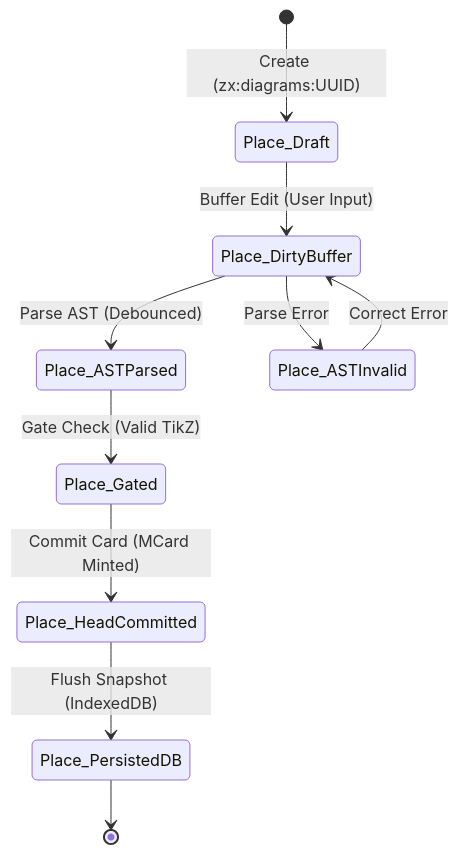
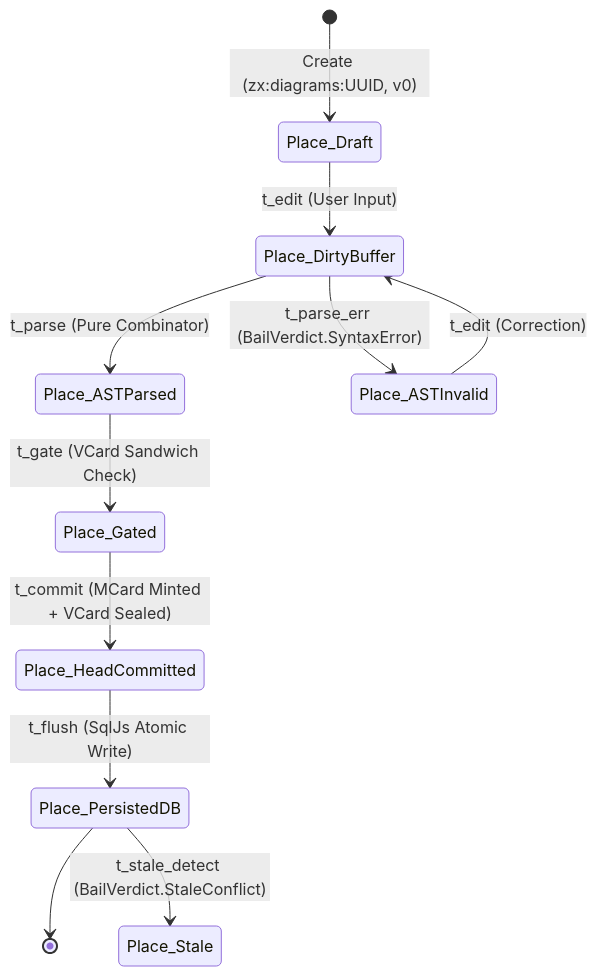
One commit to xlp0/tikzit changed the third of 5 diagrams in docs/sprints/_active/PROPOSAL-20-24-ALGEBRAIC-MODULARITY-CLM-AND-BUILD-UNIFICATION.md. Above: the diagram before and after it, drawn with Mermaid. The commit also changed other lines of this file and 6 other files, not shown here.

````diff
--- a/docs/sprints/_active/PROPOSAL-20-24-ALGEBRAIC-MODULARITY-CLM-AND-BUILD-UNIFICATION.md
+++ b/docs/sprints/_active/PROPOSAL-20-24-ALGEBRAIC-MODULARITY-CLM-AND-BUILD-UNIFICATION.md
@@ -84,13 +129,14 @@
 ```mermaid
 stateDiagram-v2
-    [*] --> Place_Draft: Create (zx:diagrams:UUID)
-    Place_Draft --> Place_DirtyBuffer: Buffer Edit (User Input)
-    Place_DirtyBuffer --> Place_ASTParsed: Parse AST (Debounced)
-    Place_ASTParsed --> Place_Gated: Gate Check (Valid TikZ)
-    Place_Gated --> Place_HeadCommitted: Commit Card (MCard Minted)
-    Place_HeadCommitted --> Place_PersistedDB: Flush Snapshot (IndexedDB)
+    [*] --> Place_Draft: Create (zx:diagrams:UUID, v0)
+    Place_Draft --> Place_DirtyBuffer: t_edit (User Input)
+    Place_DirtyBuffer --> Place_ASTParsed: t_parse (Pure Combinator)
+    Place_ASTParsed --> Place_Gated: t_gate (VCard Sandwich Check)
+    Place_Gated --> Place_HeadCommitted: t_commit (MCard Minted + VCard Sealed)
+    Place_HeadCommitted --> Place_PersistedDB: t_flush (SqlJs Atomic Write)
     Place_PersistedDB --> [*]
     
-    Place_DirtyBuffer --> Place_ASTInvalid: Parse Error
-    Place_ASTInvalid --> Place_DirtyBuffer: Correct Error
+    Place_DirtyBuffer --> Place_ASTInvalid: t_parse_err (BailVerdict.SyntaxError)
+    Place_ASTInvalid --> Place_DirtyBuffer: t_edit (Correction)
+    Place_PersistedDB --> Place_Stale: t_stale_detect (BailVerdict.StaleConflict)
 ```
````
